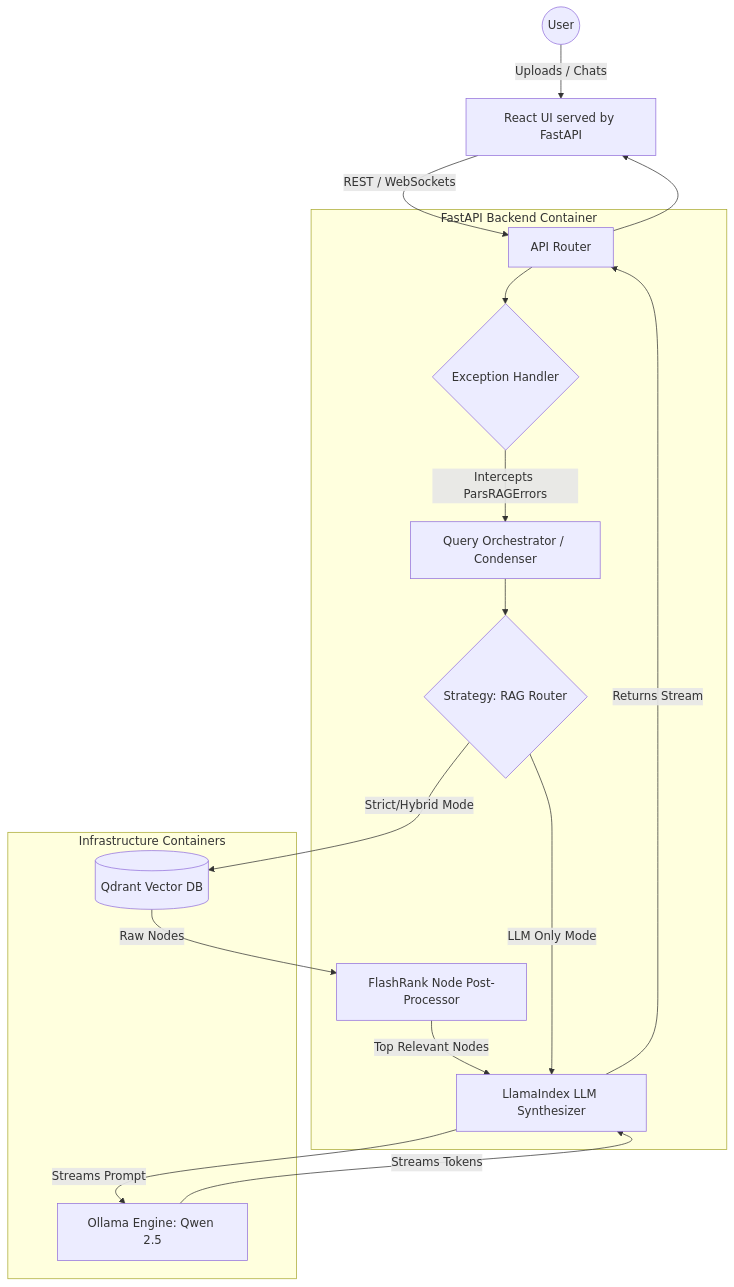
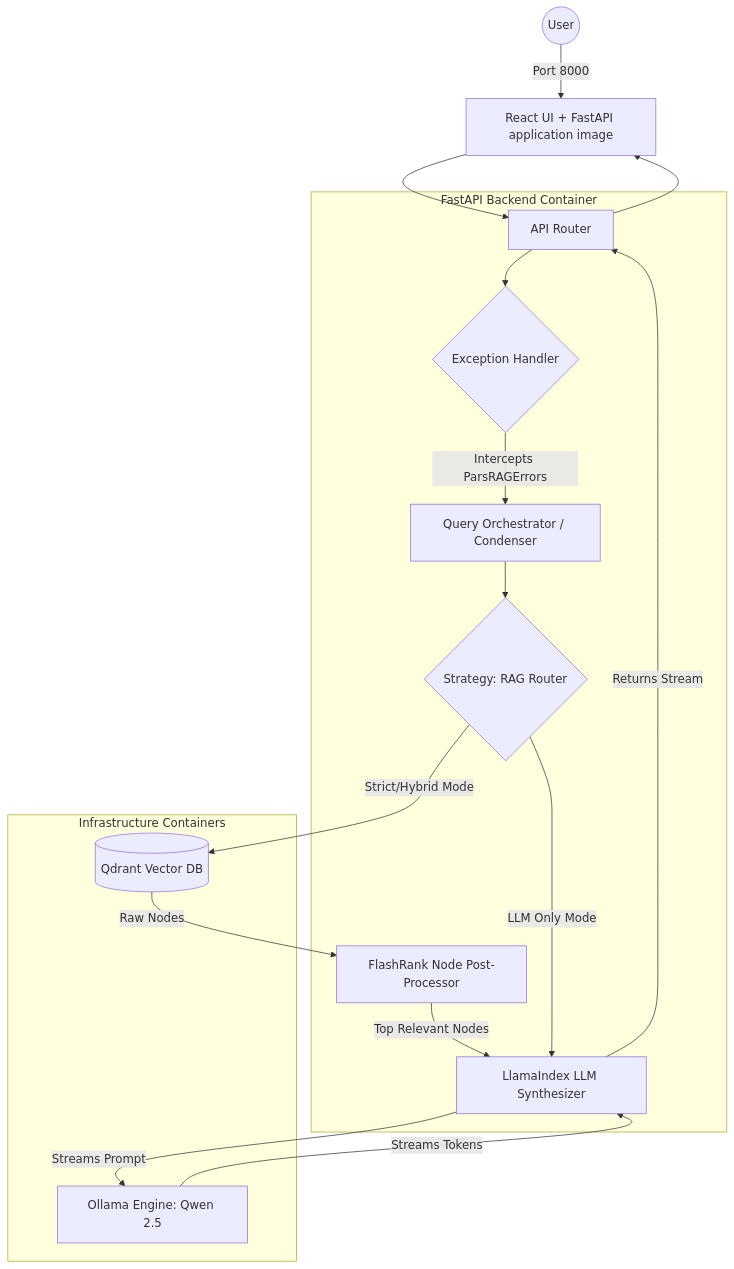
One commit to Pooria82/ParsRAG changed the diagram in .context/02_Architecture_and_Patterns.md. Above: the diagram before and after it, drawn with Mermaid. The commit also changed other lines of this file and 4 other files, not shown here.

````diff
--- a/.context/02_Architecture_and_Patterns.md
+++ b/.context/02_Architecture_and_Patterns.md
@@ -30,36 +29,36 @@
 ```mermaid
 graph TD
-    Client((User)) -->|Uploads / Chats| UI[React UI served by FastAPI]
+    Client((User)) -->|Port 8000| App[React UI + FastAPI application image]
     
     subgraph FastAPI Backend Container
         Router[API Router]
         ExceptionHandler{Exception Handler}
         QueryPipeline[Query Orchestrator / Condenser]
         RAGRouter{Strategy: RAG Router}
         Reranker[FlashRank Node Post-Processor]
         Generator[LlamaIndex LLM Synthesizer]
     end
     
     subgraph Infrastructure Containers
         VectorDB[(Qdrant Vector DB)]
         Ollama[Ollama Engine: Qwen 2.5]
     end
 
-    UI -->|REST / WebSockets| Router
+    App --> Router
     Router --> ExceptionHandler
     ExceptionHandler -->|Intercepts ParsRAGErrors| QueryPipeline
     QueryPipeline --> RAGRouter
     
     %% Strict & Hybrid
     RAGRouter -->|Strict/Hybrid Mode| VectorDB
     VectorDB -->|Raw Nodes| Reranker
     Reranker -->|Top Relevant Nodes| Generator
     
     %% LLM Only
     RAGRouter -->|LLM Only Mode| Generator
     
     Generator -->|Streams Prompt| Ollama
     Ollama -->|Streams Tokens| Generator
     Generator -->|Returns Stream| Router
-    Router --> UI
+    Router --> App
 ```
````
